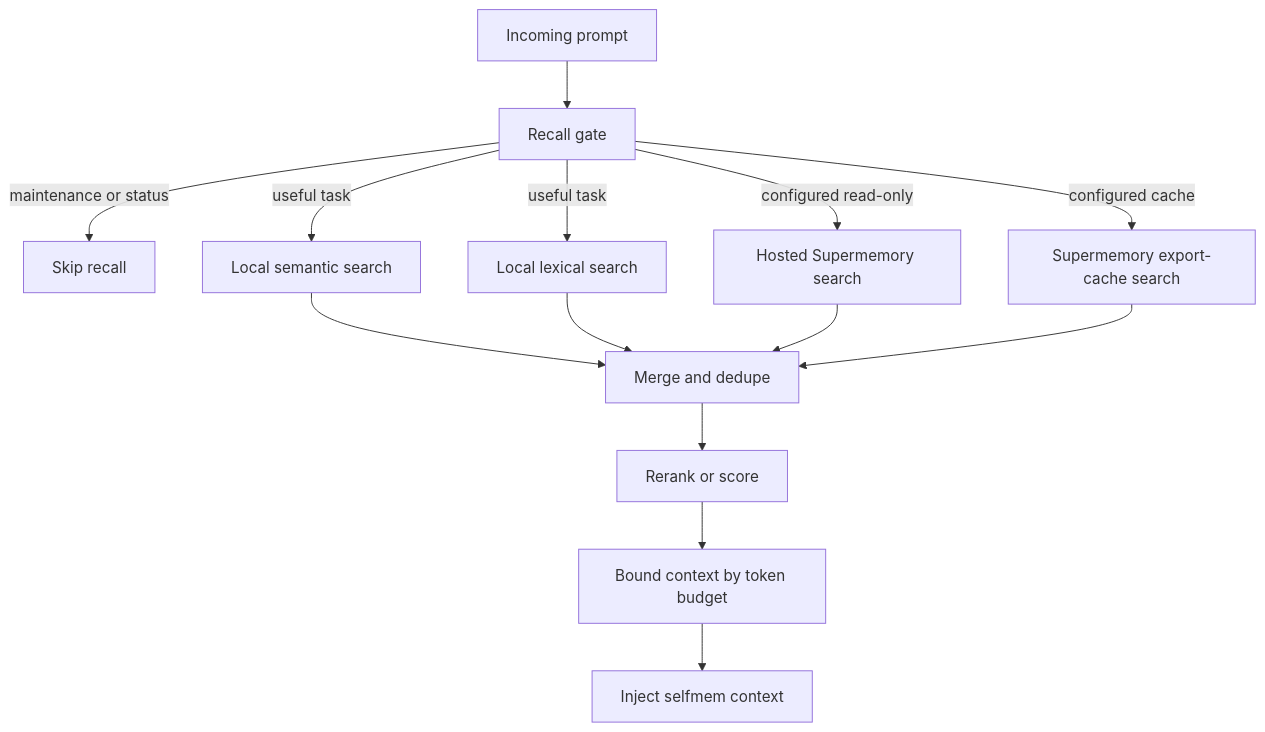
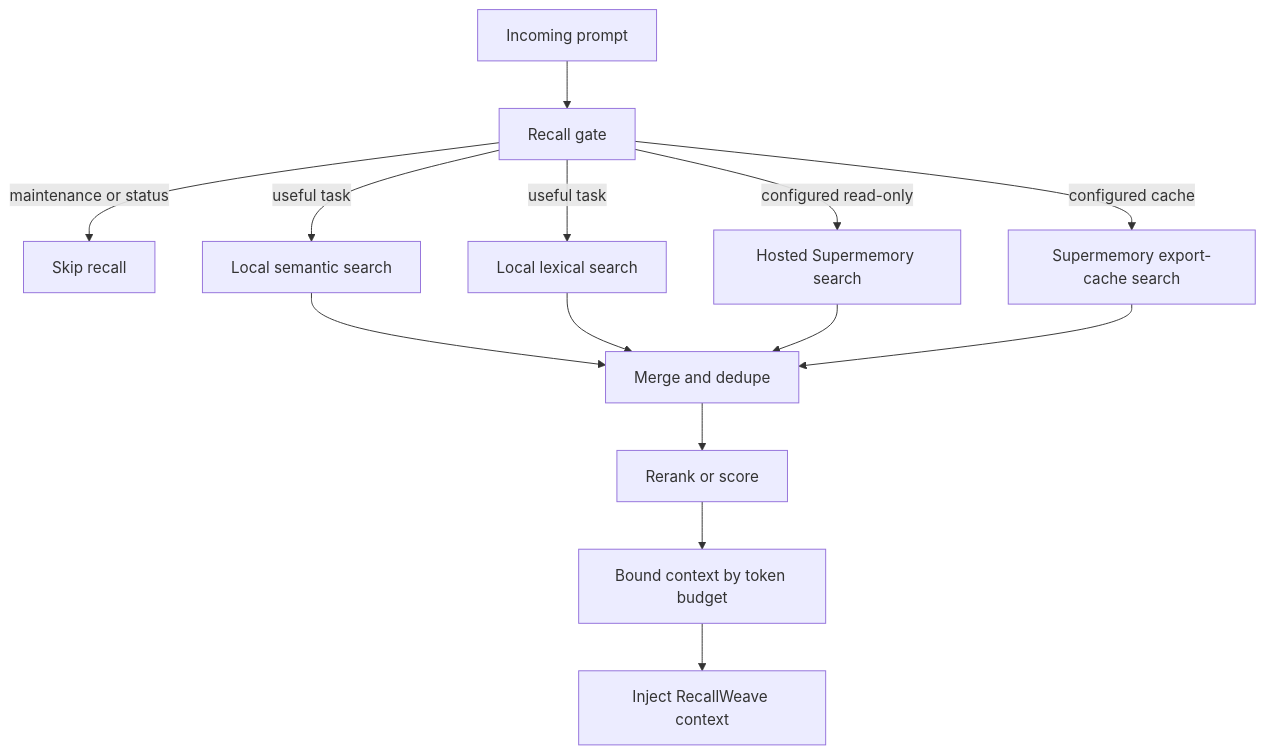
One commit to radbroradbro/selfmem-agent-memory changed the second of 4 diagrams in docs/FLOWS.md. Above: the diagram before and after it, drawn with Mermaid. The commit also changed other lines of this file and 82 other files, not shown here.

Commit message:
feat: prepare RecallWeave public alpha

````diff
--- a/docs/FLOWS.md
+++ b/docs/FLOWS.md
@@ -19,16 +19,16 @@
 ```mermaid
 flowchart TD
   A["Incoming prompt"] --> B["Recall gate"]
   B -->|maintenance or status| C["Skip recall"]
   B -->|useful task| D["Local semantic search"]
   B -->|useful task| E["Local lexical search"]
   B -->|configured read-only| F["Hosted Supermemory search"]
   B -->|configured cache| G["Supermemory export-cache search"]
   D --> H["Merge and dedupe"]
   E --> H
   F --> H
   G --> H
   H --> I["Rerank or score"]
   I --> J["Bound context by token budget"]
-  J --> K["Inject selfmem context"]
+  J --> K["Inject RecallWeave context"]
 ```
````
